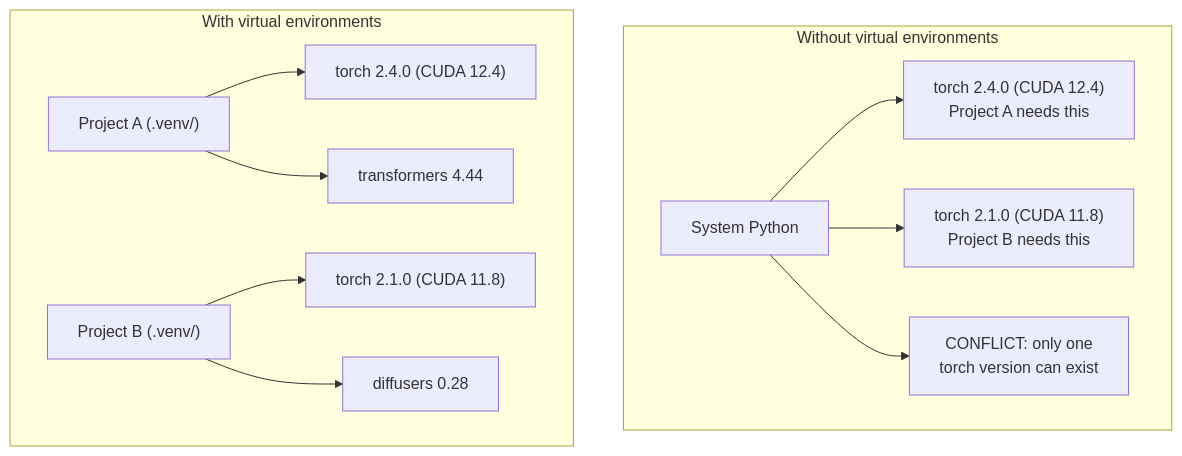
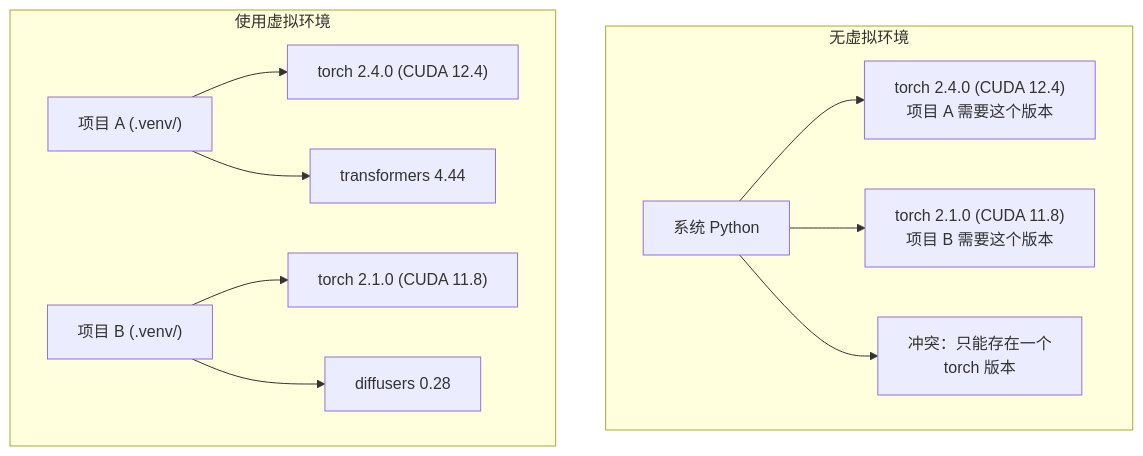
One commit to husky1102/ai-engineering-from-scratch-zh changed the diagram in phases/00-setup-and-tooling/06-python-environments/docs/zh-CN.md. Above: the diagram before and after it, drawn with Mermaid. The commit also changed other lines of this file and 2 other files, not shown here.

Commit message:
fix(phase-00/06): polish python environments lesson

````diff
--- a/phases/00-setup-and-tooling/06-python-environments/docs/zh-CN.md
+++ b/phases/00-setup-and-tooling/06-python-environments/docs/zh-CN.md
@@ -32,15 +32,15 @@
 ```mermaid
 graph TD
-    subgraph without["Without virtual environments"]
-        SP[System Python] --> T24["torch 2.4.0 (CUDA 12.4)\nProject A needs this"]
-        SP --> T21["torch 2.1.0 (CUDA 11.8)\nProject B needs this"]
-        SP --> CONFLICT["CONFLICT: only one\ntorch version can exist"]
+    subgraph without["无虚拟环境"]
+        SP[系统 Python] --> T24["torch 2.4.0 (CUDA 12.4)\n项目 A 需要这个版本"]
+        SP --> T21["torch 2.1.0 (CUDA 11.8)\n项目 B 需要这个版本"]
+        SP --> CONFLICT["冲突：只能存在一个\ntorch 版本"]
     end
 
-    subgraph with["With virtual environments"]
-        PA["Project A (.venv/)"] --> PA1["torch 2.4.0 (CUDA 12.4)"]
+    subgraph with["使用虚拟环境"]
+        PA["项目 A (.venv/)"] --> PA1["torch 2.4.0 (CUDA 12.4)"]
         PA --> PA2["transformers 4.44"]
-        PB["Project B (.venv/)"] --> PB1["torch 2.1.0 (CUDA 11.8)"]
+        PB["项目 B (.venv/)"] --> PB1["torch 2.1.0 (CUDA 11.8)"]
         PB --> PB2["diffusers 0.28"]
     end
 ```
````
